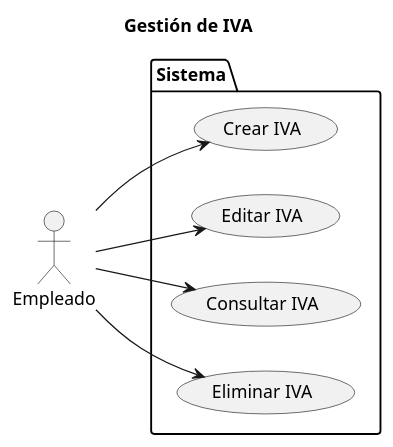
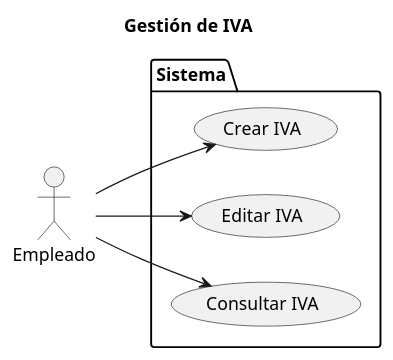
The diagram in Diagramas/caso_de_uso_IVA.plantuml (marcelolezcanodev/GarageGuru), drawn with PlantUML before and after one commit. The commit also changed 11 other files, not shown here.

```diff
--- a/Diagramas/caso_de_uso_IVA.plantuml
+++ b/Diagramas/caso_de_uso_IVA.plantuml
@@ -1,23 +1,23 @@
 @startuml CU_Iva
 
 left to right direction
 
 title Gestión de IVA
 
 actor Empleado as User
 
 package Sistema {
 
     USECASE "Crear IVA" as UC_Registrar
     USECASE "Editar IVA" as UC_Editar
     USECASE "Consultar IVA" as UC_Consultar
-    USECASE "Eliminar IVA" as UC_Eliminar
+    'USECASE "Eliminar IVA" as UC_Eliminar
 
 }
 
 User --> UC_Registrar
 User --> UC_Editar
 User --> UC_Consultar
-User --> UC_Eliminar
+'User --> UC_Eliminar
 
 @enduml
```
